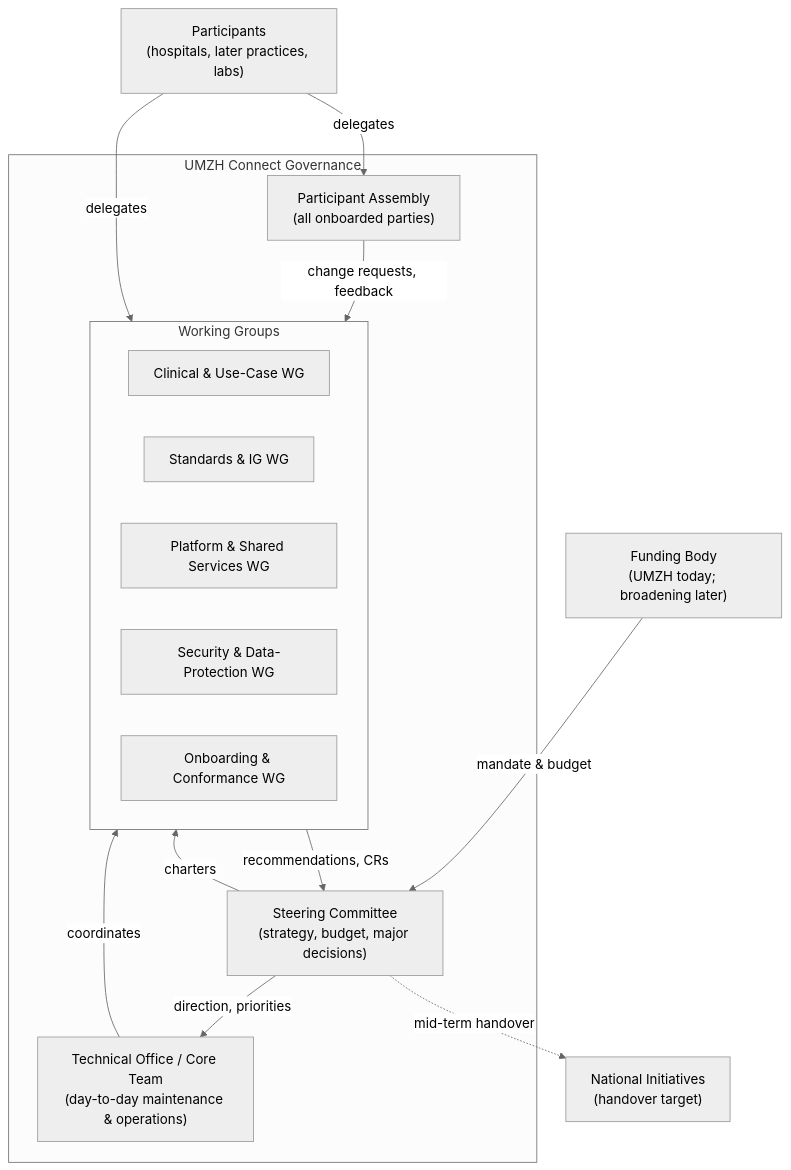
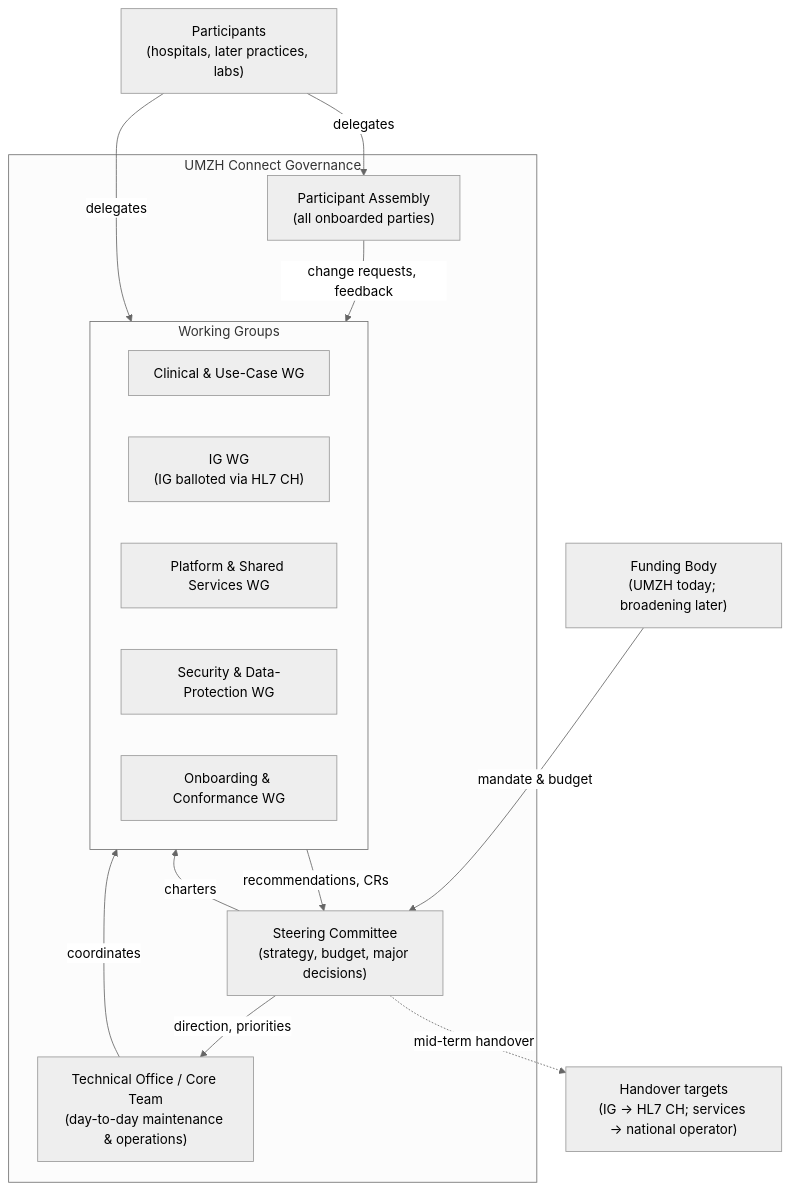
The first of 5 diagrams in governance-rationale.md (umzhconnect/umzhconnect-governance), drawn with Mermaid (neutral theme) before and after one commit. The commit also changed other lines of this file and 2 other files, not shown here.

````diff
--- a/governance-rationale.md
+++ b/governance-rationale.md
@@ -88,32 +95,32 @@
 ```mermaid
 flowchart TB
     FUND["Funding Body<br/>(UMZH today; broadening later)"]
 
     subgraph GOV["UMZH Connect Governance"]
         SC["Steering Committee<br/>(strategy, budget, major decisions)"]
         TO["Technical Office / Core Team<br/>(day-to-day maintenance & operations)"]
 
         subgraph WGS["Working Groups"]
             WG1["Clinical & Use-Case WG"]
-            WG2["Standards & IG WG"]
+            WG2["IG WG<br/>(IG balloted via HL7 CH)"]
             WG3["Platform & Shared Services WG"]
             WG4["Security & Data-Protection WG"]
             WG5["Onboarding & Conformance WG"]
         end
 
         PA["Participant Assembly<br/>(all onboarded parties)"]
     end
 
     PARTIES["Participants<br/>(hospitals, later practices, labs)"]
-    NAT["National Initiatives<br/>(handover target)"]
+    NAT["Handover targets<br/>(IG → HL7 CH; services → national operator)"]
 
     FUND -->|mandate & budget| SC
     SC -->|direction, priorities| TO
     SC -->|charters| WGS
     TO -->|coordinates| WGS
     WGS -->|recommendations, CRs| SC
     PA -->|change requests, feedback| WGS
     PARTIES -->|delegates| PA
     PARTIES -->|delegates| WGS
     SC -.->|mid-term handover| NAT
 ```
````
